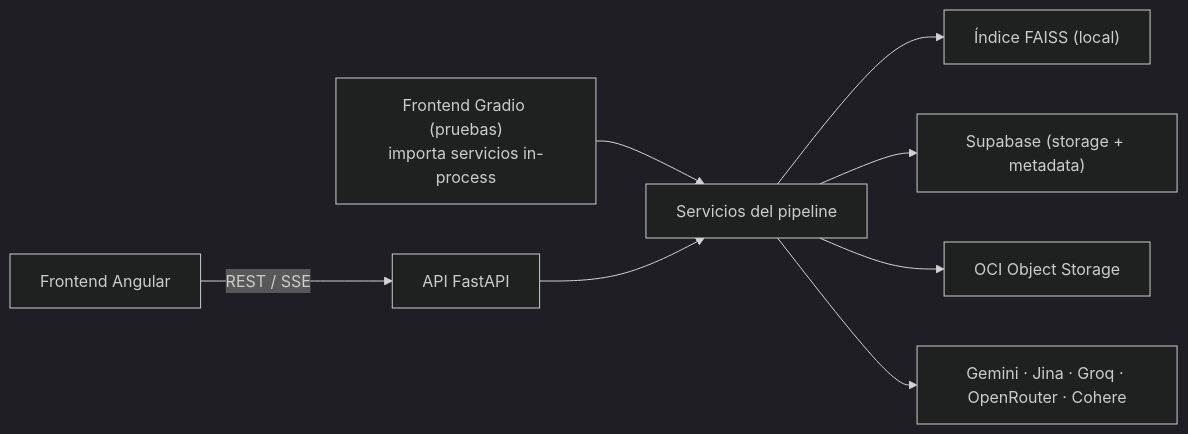
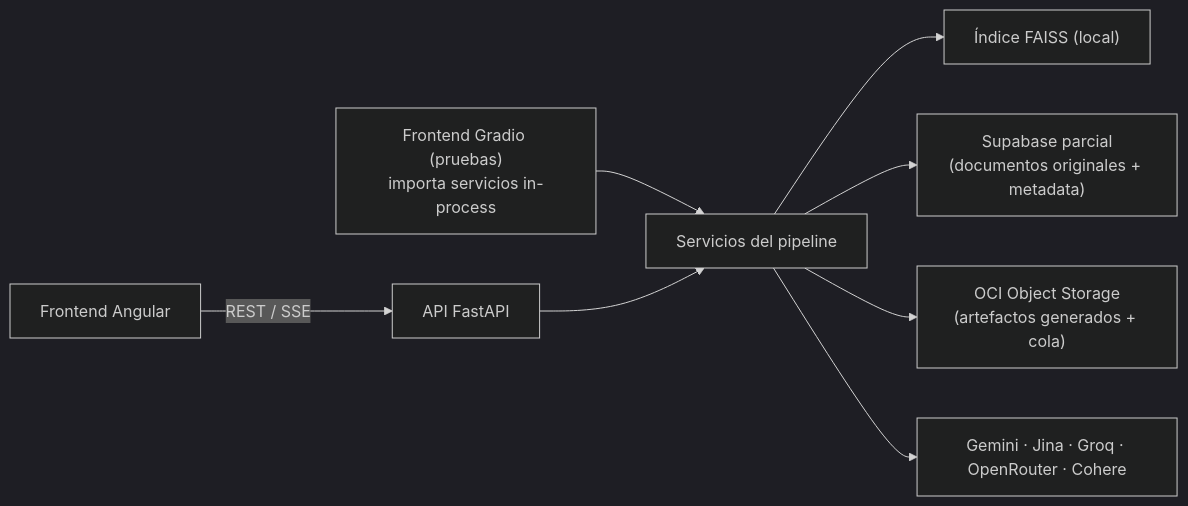
Before and after one commit to No-Country-simulation/G10-LATAM-Equipo-18-NuevaMente: the diagram in docs/04-Documentacion/backend/architecture/Arquitectura_del_Backend.md, drawn with Mermaid (dark theme). The commit also changed other lines of this file and 14 other files, not shown here.

First line of the commit message:
docs(storage): acotar Supabase a modo parcial y documentar roadmap post-MVP

````diff
--- a/docs/04-Documentacion/backend/architecture/Arquitectura_del_Backend.md
+++ b/docs/04-Documentacion/backend/architecture/Arquitectura_del_Backend.md
@@ -108,10 +112,10 @@
 ```mermaid
 flowchart LR
     UI["Frontend Angular"] -->|REST / SSE| API["API FastAPI"]
     GR["Frontend Gradio (pruebas)\nimporta servicios in-process"] --> PIPE
     API --> PIPE["Servicios del pipeline"]
     PIPE --> FAISS["Índice FAISS (local)"]
-    PIPE --> SUP["Supabase (storage + metadata)"]
-    PIPE --> OCI["OCI Object Storage"]
+    PIPE --> SUP["Supabase parcial\n(documentos originales + metadata)"]
+    PIPE --> OCI["OCI Object Storage\n(artefactos generados + cola)"]
     PIPE --> EXT["Gemini · Jina · Groq · OpenRouter · Cohere"]
 ```
````
